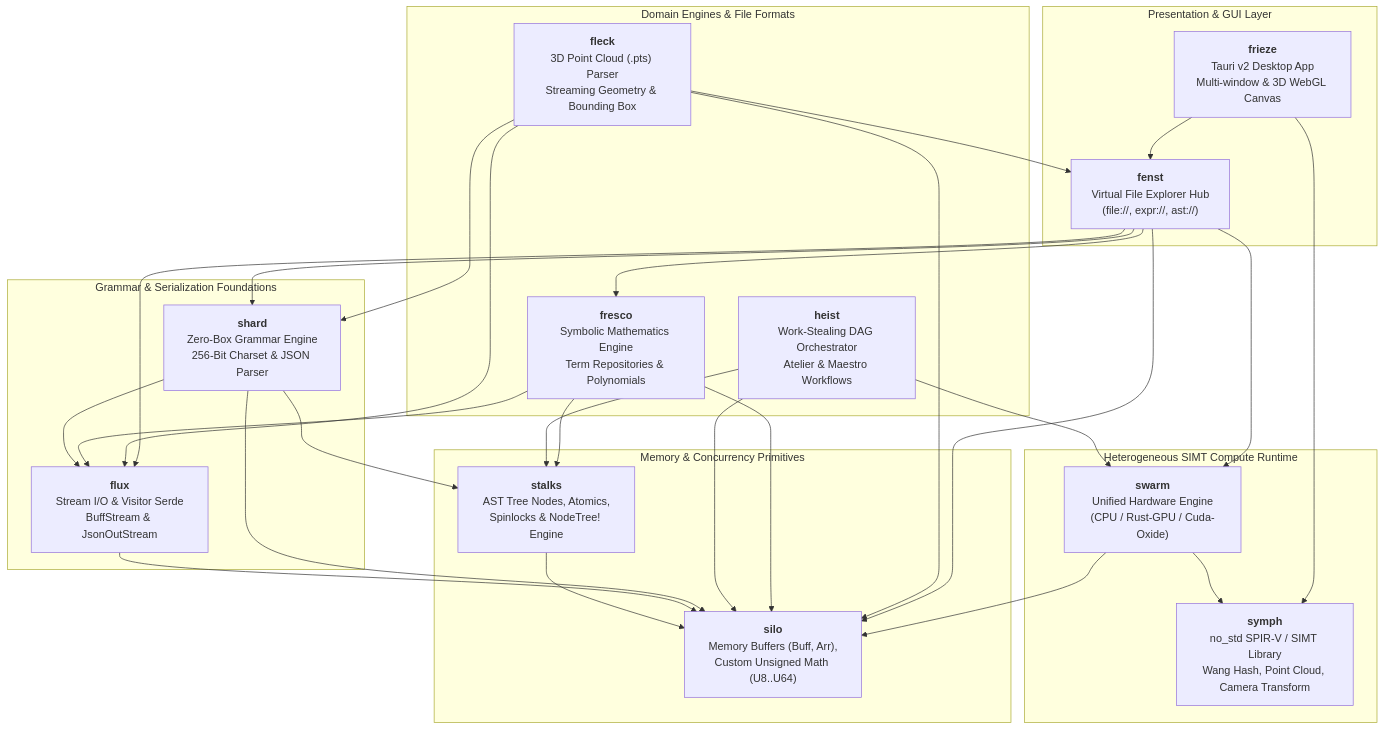
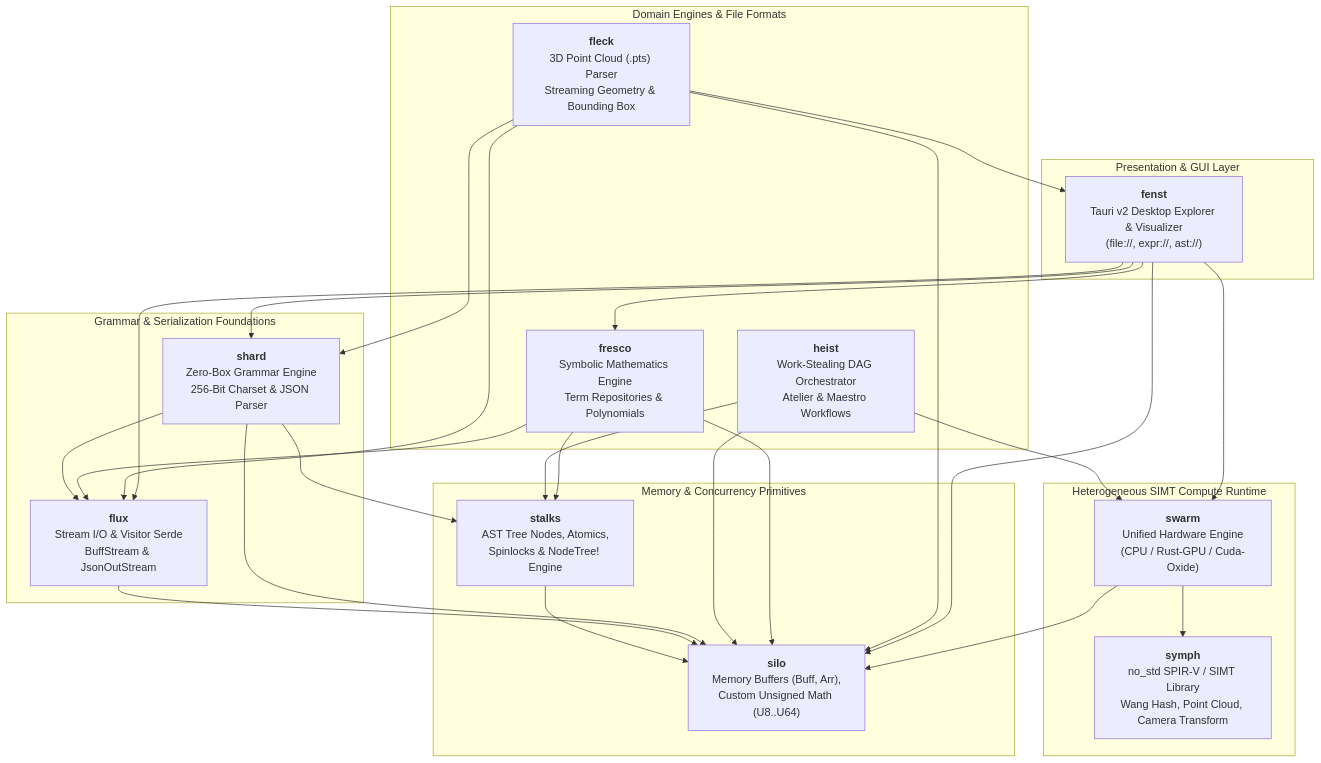
Before and after one commit to jswarup/Kosh: the diagram in README.md, drawn with Mermaid. The commit also changed other lines of this file and 8 other files, not shown here.

Commit message:
Relocate frieze explorer into fenst

````diff
--- a/README.md
+++ b/README.md
@@ -14,59 +14,56 @@
 ```mermaid
 graph TD
     subgraph AppLayer ["Presentation & GUI Layer"]
-        Frieze["<b>frieze</b><br/>Tauri v2 Desktop App<br/>Multi-window & 3D WebGL Canvas"]
-        Fenst["<b>fenst</b><br/>Virtual File Explorer Hub<br/>(file://, expr://, ast://)"]
+        Fenst["<b>fenst</b><br/>Tauri v2 Desktop Explorer & Visualizer<br/>(file://, expr://, ast://)"]
     end
 
     subgraph DomainLayer ["Domain Engines & File Formats"]
         Fleck["<b>fleck</b><br/>3D Point Cloud (.pts) Parser<br/>Streaming Geometry & Bounding Box"]
         Fresco["<b>fresco</b><br/>Symbolic Mathematics Engine<br/>Term Repositories & Polynomials"]
         Heist["<b>heist</b><br/>Work-Stealing DAG Orchestrator<br/>Atelier & Maestro Workflows"]
     end
 
     subgraph ComputeLayer ["Heterogeneous SIMT Compute Runtime"]
         Swarm["<b>swarm</b><br/>Unified Hardware Engine<br/>(CPU / Rust-GPU / Cuda-Oxide)"]
         Symph["<b>symph</b><br/>no_std SPIR-V / SIMT Library<br/>Wang Hash, Point Cloud, Camera Transform"]
     end
 
     subgraph CoreLayer ["Grammar & Serialization Foundations"]
         Shard["<b>shard</b><br/>Zero-Box Grammar Engine<br/>256-Bit Charset & JSON Parser"]
         Flux["<b>flux</b><br/>Stream I/O & Visitor Serde<br/>BuffStream & JsonOutStream"]
     end
 
     subgraph BaseLayer ["Memory & Concurrency Primitives"]
         Stalks["<b>stalks</b><br/>AST Tree Nodes, Atomics,<br/>Spinlocks & NodeTree! Engine"]
         Silo["<b>silo</b><br/>Memory Buffers (Buff, Arr),<br/>Custom Unsigned Math (U8..U64)"]
     end
 
-    Frieze --> Fenst
-    Frieze --> Symph
     Fenst --> Silo
     Fenst --> Flux
     Fenst --> Swarm
     Fenst --> Fresco
     Fenst --> Shard
 
     Fleck --> Shard
     Fleck --> Silo
     Fleck --> Flux
     Fleck --> Fenst
 
     Fresco --> Silo
     Fresco --> Flux
     Fresco --> Stalks
 
     Heist --> Silo
     Heist --> Stalks
     Heist --> Swarm
 
     Swarm --> Silo
     Swarm --> Symph
 
     Shard --> Silo
     Shard --> Stalks
     Shard --> Flux
 
     Flux --> Silo
     Stalks --> Silo
 ```
````
